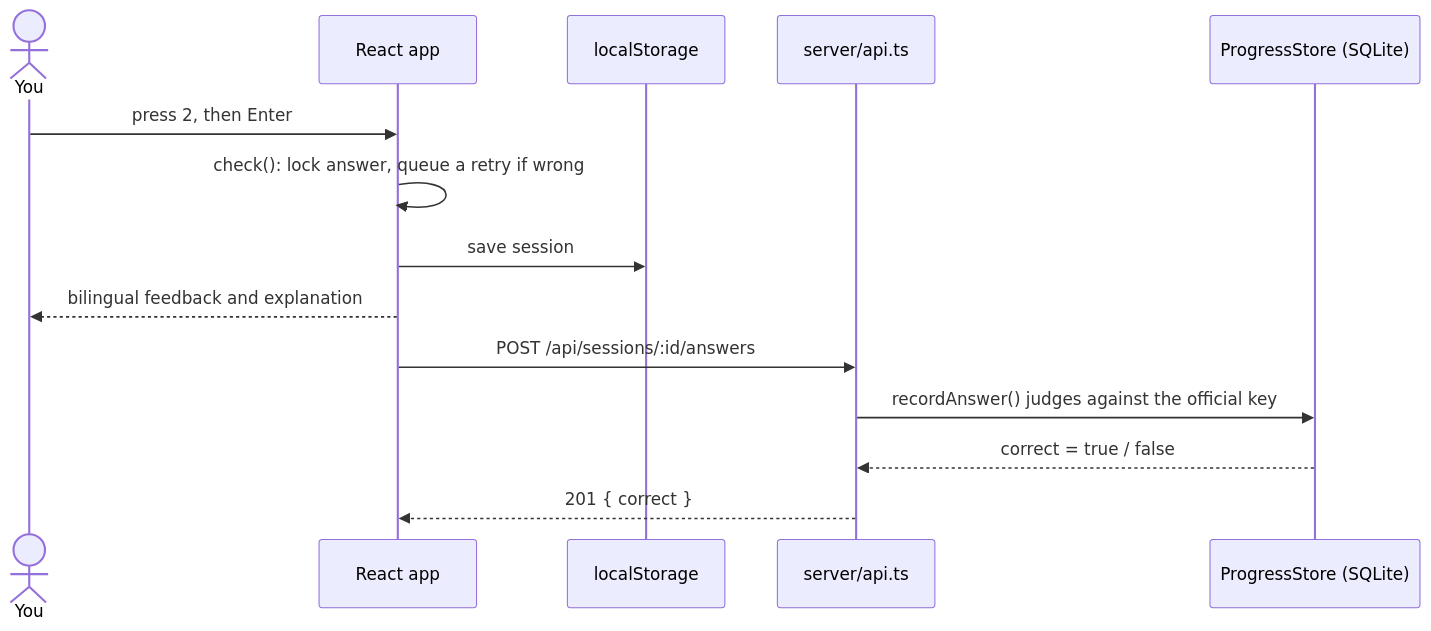
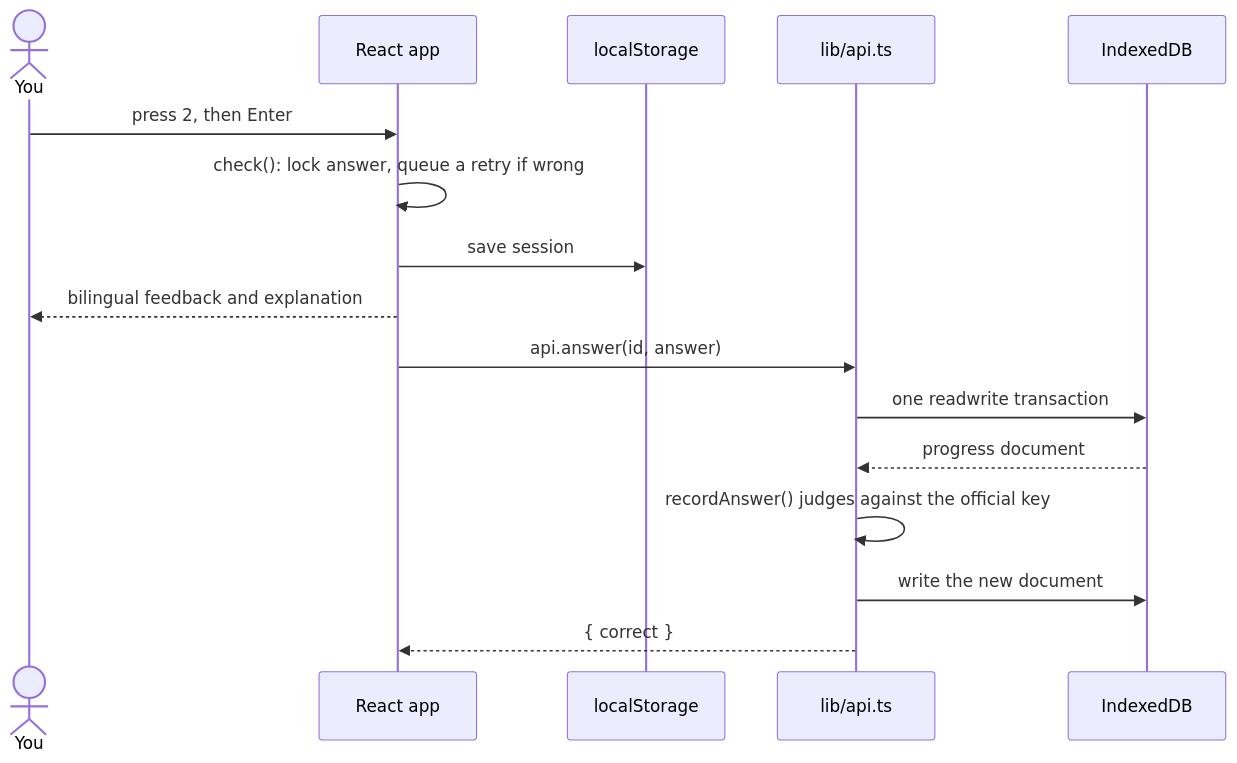
The second of 2 diagrams in docs/architecture.md (IndrajeetPatil/einbuergerungstest), drawn with Mermaid before and after one commit. The commit also changed other lines of this file and 66 other files, not shown here.

Commit message:
feat!: run as a static site on GitHub Pages with progress in IndexedDB (#10)

````diff
--- a/docs/architecture.md
+++ b/docs/architecture.md
@@ -56,17 +52,19 @@
 ```mermaid
 sequenceDiagram
   actor You
   participant UI as React app
   participant LS as localStorage
-  participant API as server/api.ts
-  participant DB as ProgressStore (SQLite)
+  participant API as lib/api.ts
+  participant DB as IndexedDB
 
   You->>UI: press 2, then Enter
   UI->>UI: check(): lock answer, queue a retry if wrong
   UI->>LS: save session
   UI-->>You: bilingual feedback and explanation
-  UI->>API: POST /api/sessions/:id/answers
-  API->>DB: recordAnswer() judges against the official key
-  DB-->>API: correct = true / false
-  API-->>UI: 201 { correct }
+  UI->>API: api.answer(id, answer)
+  API->>DB: one readwrite transaction
+  DB-->>API: progress document
+  API->>API: recordAnswer() judges against the official key
+  API->>DB: write the new document
+  API-->>UI: { correct }
 ```
````
